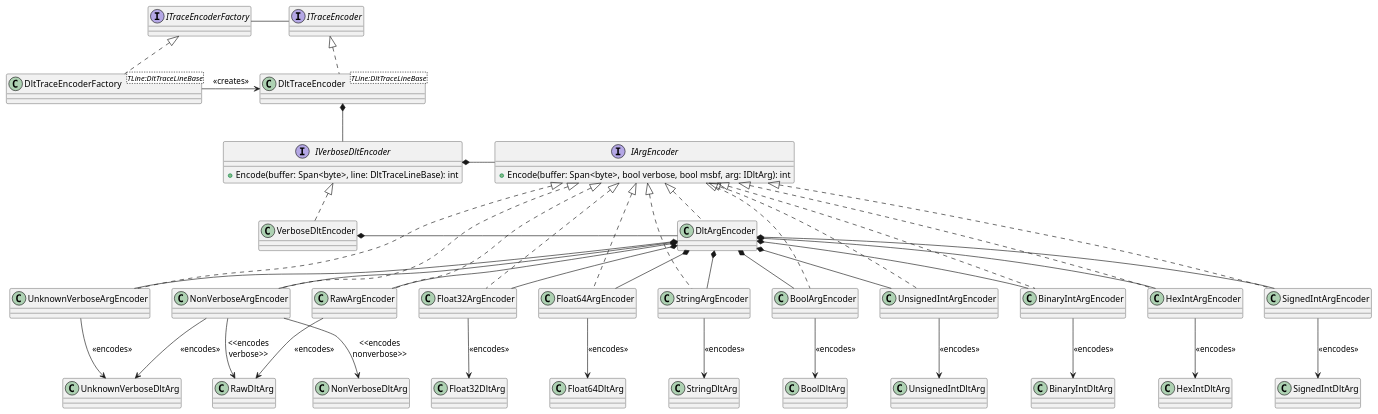
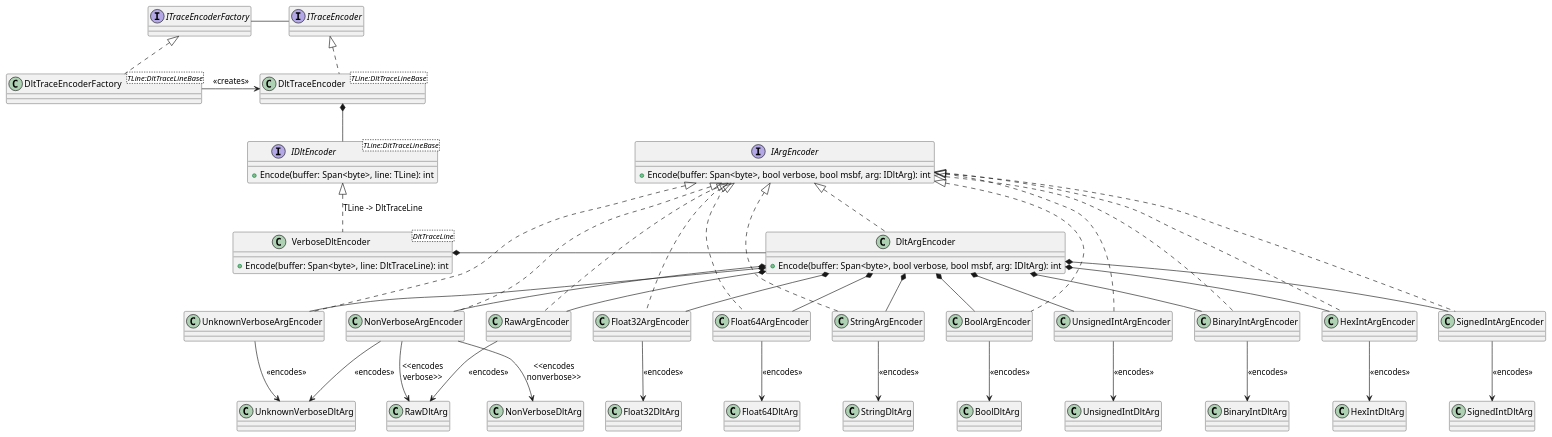
One commit to jcurl/RJCP.DLL.Log changed the diagram in TraceReader.Dlt/docs/diagrams/Dlt.WriterEncoder.plantuml. Above: the diagram before and after it, drawn with PlantUML. The commit also changed 20 other files, not shown here.

First line of the commit message:
DLT Writer: Implement encoding all arguments in a trace line

```diff
--- a/TraceReader.Dlt/docs/diagrams/Dlt.WriterEncoder.plantuml
+++ b/TraceReader.Dlt/docs/diagrams/Dlt.WriterEncoder.plantuml
@@ -1,84 +1,86 @@
 @startuml DLT.WriterEncoder
 interface ITraceEncoder
 interface ITraceEncoderFactory
 
 ITraceEncoderFactory -r- ITraceEncoder
 
 class DltTraceEncoderFactory<TLine:DltTraceLineBase>
 ITraceEncoderFactory <|.d. DltTraceEncoderFactory
 
 class DltTraceEncoder<TLine:DltTraceLineBase>
 ITraceEncoder <|.d. DltTraceEncoder
 
 DltTraceEncoderFactory -r-> DltTraceEncoder : <<creates>>
 
-interface IVerboseDltEncoder {
-    +Encode(buffer: Span<byte>, line: DltTraceLineBase): int
+interface IDltEncoder<TLine:DltTraceLineBase> {
+    +Encode(buffer: Span<byte>, line: TLine): int
 }
-class VerboseDltEncoder
-IVerboseDltEncoder <|.d. VerboseDltEncoder
+class VerboseDltEncoder<DltTraceLine> {
+    +Encode(buffer: Span<byte>, line: DltTraceLine): int
+}
+IDltEncoder <|.d. VerboseDltEncoder : TLine -> DltTraceLine
 
 interface IArgEncoder {
     +Encode(buffer: Span<byte>, bool verbose, bool msbf, arg: IDltArg): int
 }
-class DltArgEncoder
+class DltArgEncoder {
+    +Encode(buffer: Span<byte>, bool verbose, bool msbf, arg: IDltArg): int
+}
 IArgEncoder <|.d. DltArgEncoder
-
-IVerboseDltEncoder *-r- IArgEncoder
 VerboseDltEncoder *-r- DltArgEncoder
 
 class BoolArgEncoder
 together {
   class BinaryIntArgEncoder
   class HexIntArgEncoder
   class SignedIntArgEncoder
   class UnsignedIntArgEncoder
 }
 together {
   class Float32ArgEncoder
   class Float64ArgEncoder
 }
 class StringArgEncoder
 class RawArgEncoder
 class NonVerboseArgEncoder
 class UnknownVerboseArgEncoder
 IArgEncoder <|..d. BinaryIntArgEncoder
 IArgEncoder <|..d. HexIntArgEncoder
 IArgEncoder <|..d. SignedIntArgEncoder
 IArgEncoder <|..d. UnsignedIntArgEncoder
 IArgEncoder <|..d. BoolArgEncoder
 IArgEncoder <|..d. Float32ArgEncoder
 IArgEncoder <|..d. Float64ArgEncoder
 IArgEncoder <|..d. RawArgEncoder
 IArgEncoder <|..d. StringArgEncoder
 IArgEncoder <|..d. NonVerboseArgEncoder
 IArgEncoder <|..d. UnknownVerboseArgEncoder
 
 DltArgEncoder *-d- BinaryIntArgEncoder
 DltArgEncoder *-d- HexIntArgEncoder
 DltArgEncoder *-d- SignedIntArgEncoder
 DltArgEncoder *-d- UnsignedIntArgEncoder
 DltArgEncoder *-d- BoolArgEncoder
 DltArgEncoder *-d- Float32ArgEncoder
 DltArgEncoder *-d- Float64ArgEncoder
 DltArgEncoder *-d- RawArgEncoder
 DltArgEncoder *-d- StringArgEncoder
 DltArgEncoder *-d- NonVerboseArgEncoder
 DltArgEncoder *-d- UnknownVerboseArgEncoder
 
-DltTraceEncoder *-d- IVerboseDltEncoder
+DltTraceEncoder *-d- IDltEncoder
 
 BinaryIntArgEncoder -d-> BinaryIntDltArg : <<encodes>>
 HexIntArgEncoder -d-> HexIntDltArg : <<encodes>>
 SignedIntArgEncoder -d-> SignedIntDltArg : <<encodes>>
 UnsignedIntArgEncoder -d-> UnsignedIntDltArg : <<encodes>>
 BoolArgEncoder -d-> BoolDltArg : <<encodes>>
 Float32ArgEncoder -d-> Float32DltArg : <<encodes>>
 Float64ArgEncoder -d-> Float64DltArg : <<encodes>>
 StringArgEncoder -d-> StringDltArg : <<encodes>>
 RawArgEncoder -d-> RawDltArg : <<encodes>>
 NonVerboseArgEncoder -d-> RawDltArg : <<encodes\nverbose>>
 NonVerboseArgEncoder -d-> NonVerboseDltArg : <<encodes\nnonverbose>>
 NonVerboseArgEncoder -d-> UnknownVerboseDltArg : <<encodes>>
 UnknownVerboseArgEncoder -d-> UnknownVerboseDltArg : <<encodes>>
 @enduml
```
